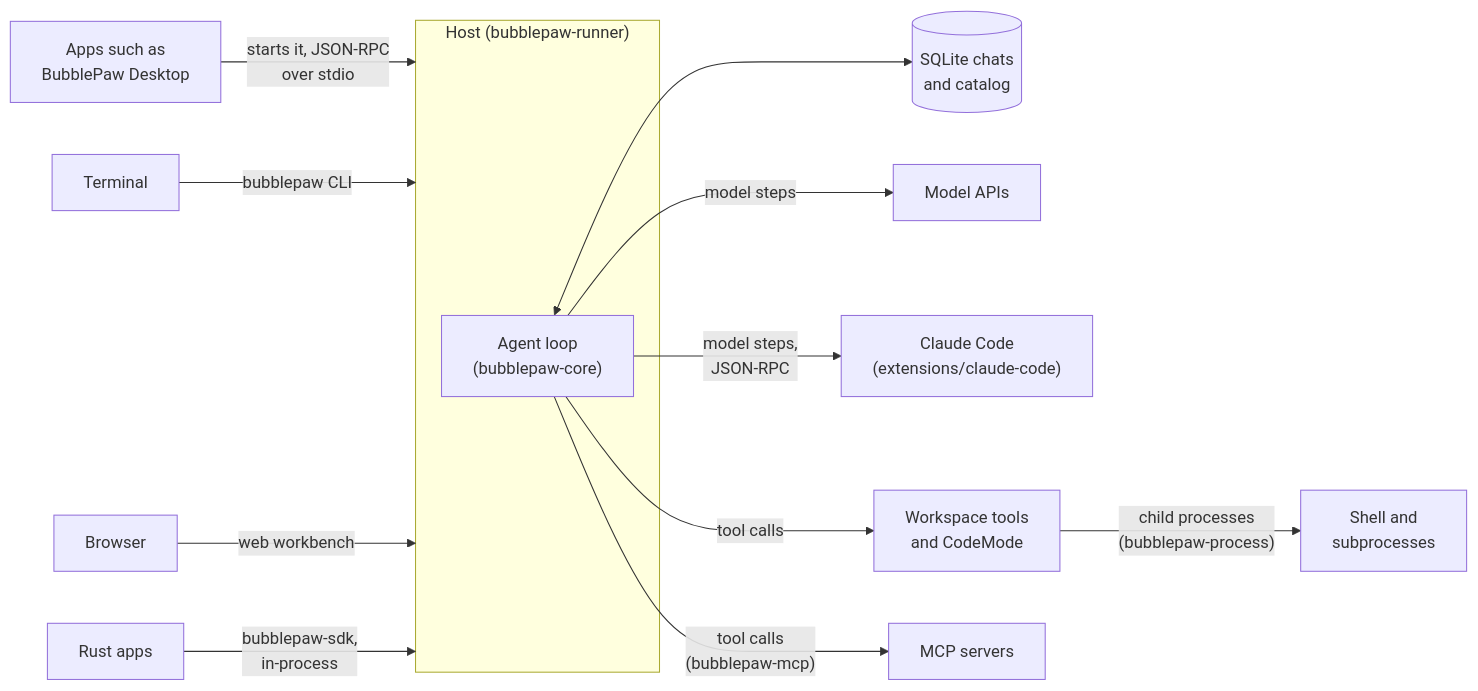
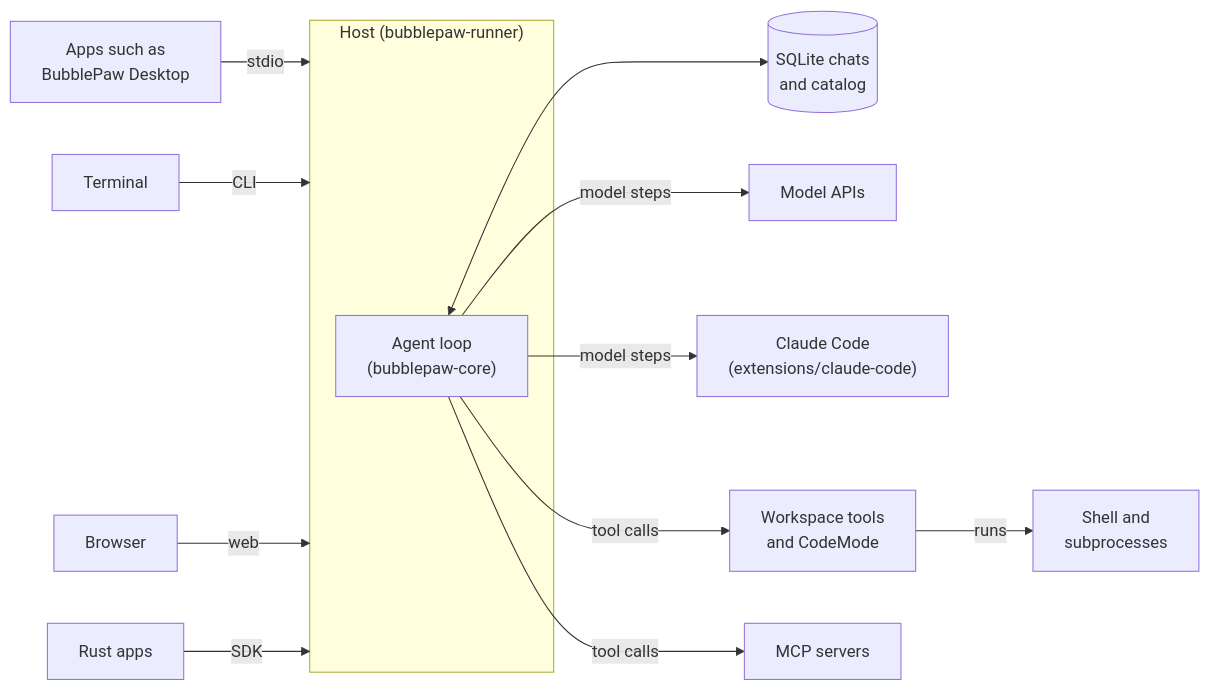
One commit to BubbleBuffer/BubblePaw-Core changed the diagram in README.md. Above: the diagram before and after it, drawn with Mermaid. The commit also changed other lines of this file, not shown here.

Commit message:
README: shorten diagram labels

````diff
--- a/README.md
+++ b/README.md
@@ -27,18 +27,18 @@
 ```mermaid
 flowchart LR
-  desktop["Apps such as<br/>BubblePaw Desktop"] -- "starts it, JSON-RPC<br/>over stdio" --> host
-  term["Terminal"] -- "bubblepaw CLI" --> host
-  browser["Browser"] -- "web workbench" --> host
-  rust["Rust apps"] -- "bubblepaw-sdk,<br/>in-process" --> host
+  desktop["Apps such as<br/>BubblePaw Desktop"] -- "stdio" --> host
+  term["Terminal"] -- "CLI" --> host
+  browser["Browser"] -- "web" --> host
+  rust["Rust apps"] -- "SDK" --> host
 
   subgraph host["Host (bubblepaw-runner)"]
     loop["Agent loop<br/>(bubblepaw-core)"]
   end
 
   loop <--> store[("SQLite chats<br/>and catalog")]
   loop -- "model steps" --> models["Model APIs"]
-  loop -- "model steps,<br/>JSON-RPC" --> cc["Claude Code<br/>(extensions/claude-code)"]
+  loop -- "model steps" --> cc["Claude Code<br/>(extensions/claude-code)"]
   loop -- "tool calls" --> tools["Workspace tools<br/>and CodeMode"]
-  loop -- "tool calls<br/>(bubblepaw-mcp)" --> mcp["MCP servers"]
-  tools -- "child processes<br/>(bubblepaw-process)" --> procs["Shell and<br/>subprocesses"]
+  loop -- "tool calls" --> mcp["MCP servers"]
+  tools -- "runs" --> procs["Shell and<br/>subprocesses"]
 ```
````
